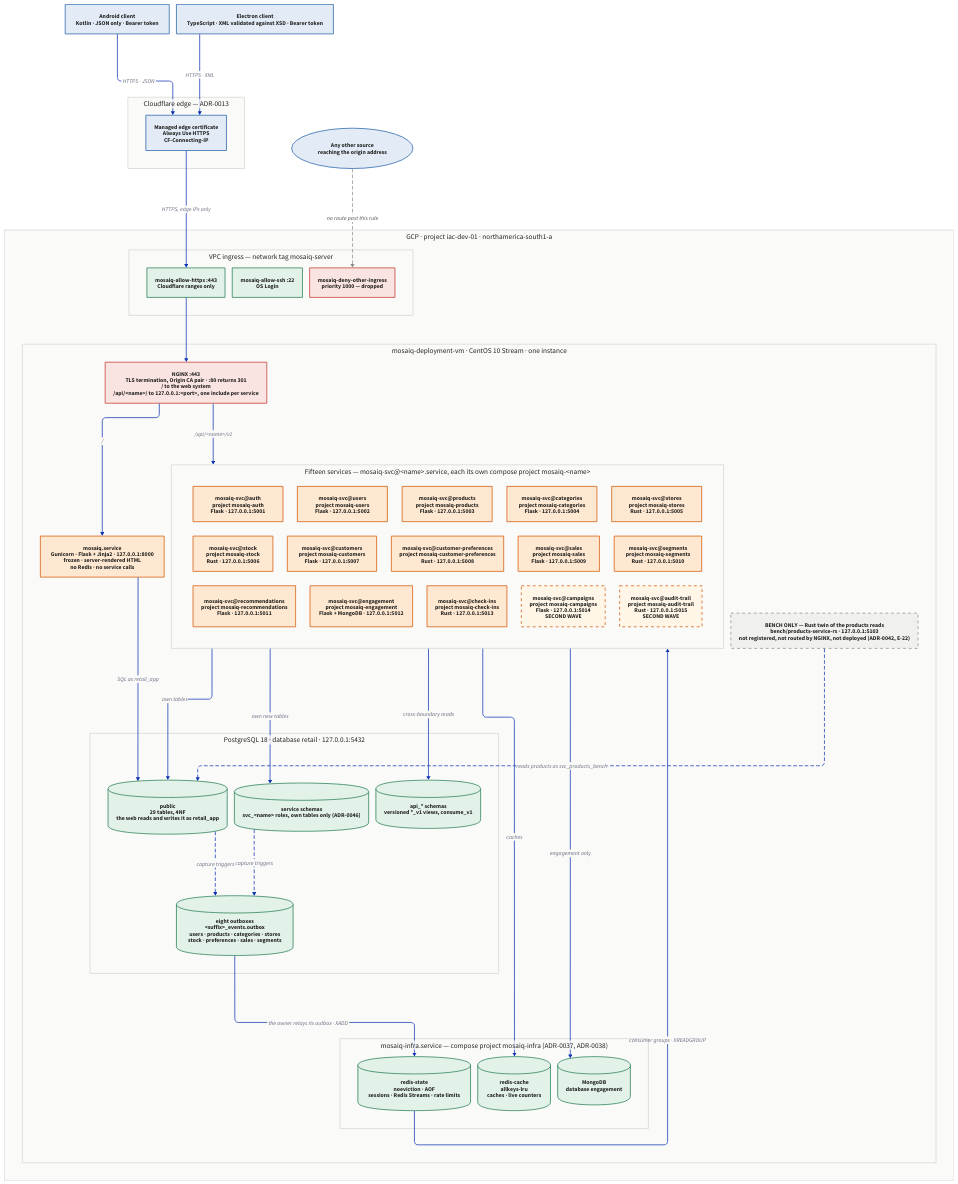
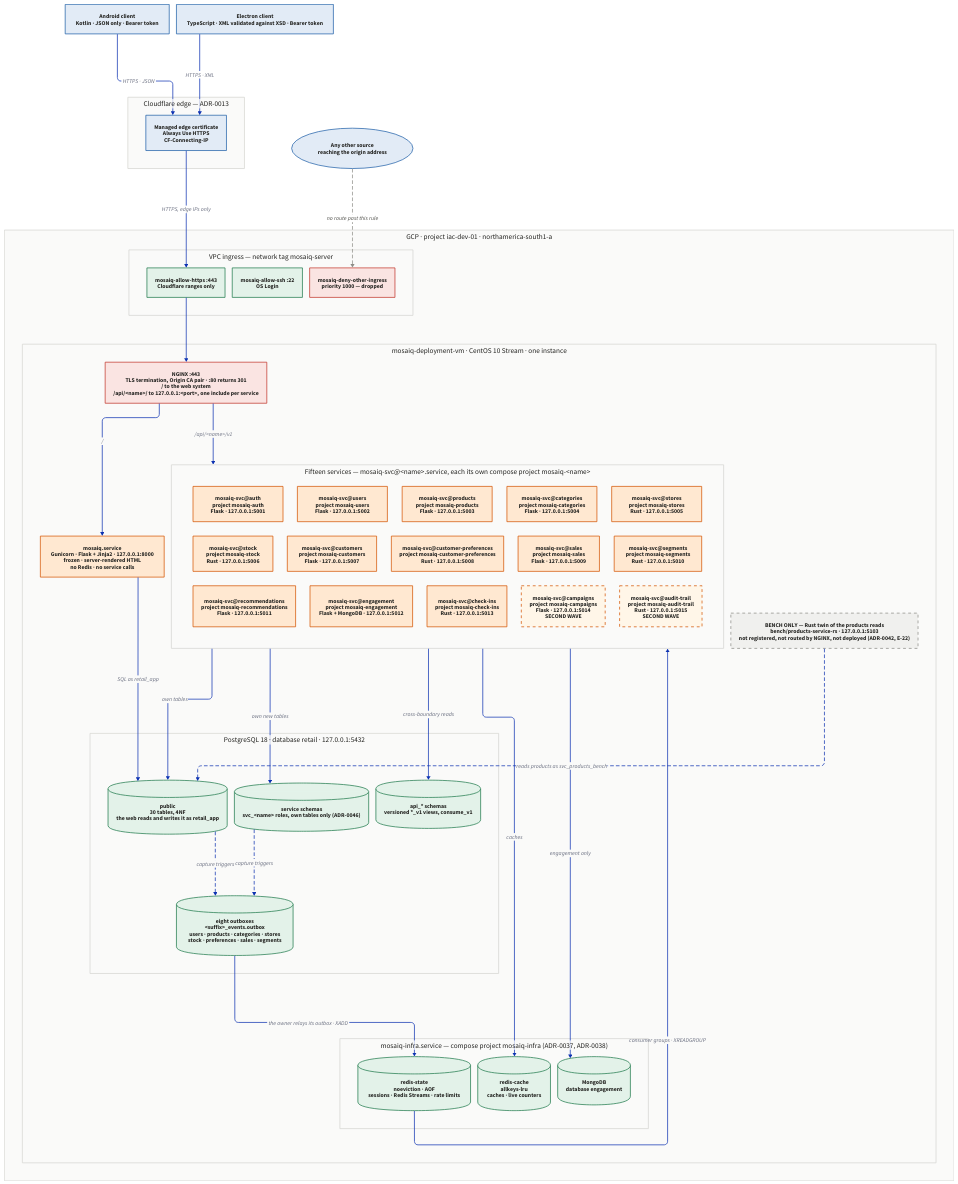
One commit to Equipo-03-Proyecto10/retail-segmentation changed the diagram in docs/architecture/deployment.d2. Above: the diagram before and after it, drawn with D2. The commit also changed 12 other files, not shown here.

```diff
--- a/docs/architecture/deployment.d2
+++ b/docs/architecture/deployment.d2
@@ -1,116 +1,116 @@
 # Deployment view of the delivered system: what runs on the one instance,
 # under which systemd unit and compose project, and what reaches it.
 # Sources: deploy/README.md, deploy/nginx/mosaiq.conf, deploy/systemd/*.service,
 # deploy/infra/compose.yaml, docs/infra.md, bench/README.md, ADR-0006, ADR-0009,
 # ADR-0013, ADR-0040, ADR-0041, ADR-0042, ADR-0044.
 #
 # No arrow joins two services. They meet only through the producer's api_*
 # objects in PostgreSQL and through Redis Streams (ADR-0044).
 direction: down
 
 vars: {
   d2-config: {
     layout-engine: elk
   }
 }
 
 classes: {
   external: { style: { fill: "#E2EBF6"; stroke: "#1F5FA8"; font-color: "#232320" } }
   allow:    { style: { fill: "#E3F2E9"; stroke: "#1F7A4C"; font-color: "#232320" } }
   deny:     { style: { fill: "#FAE4E2"; stroke: "#C0342B"; font-color: "#232320" } }
   gatenode: { style: { fill: "#FAE4E2"; stroke: "#C0342B"; font-color: "#232320" } }
   store:    { style: { fill: "#E3F2E9"; stroke: "#1F7A4C"; font-color: "#232320" } }
   appnode:  { style: { fill: "#FFE8D1"; stroke: "#D45400"; font-color: "#232320" } }
   svc:      { style: { fill: "#FFE8D1"; stroke: "#D45400"; font-color: "#232320" } }
   svc2:     { style: { fill: "#FFF6E8"; stroke: "#D45400"; font-color: "#232320"; stroke-dash: 4; stroke-width: 2 } }
   bench:    { style: { fill: "#F0F0EE"; stroke: "#8C8C86"; stroke-dash: 4; font-color: "#232320" } }
   layer:    { style: { fill: "#FAFAF9"; stroke: "#D5D5D1"; font-color: "#232320"; font-size: 20 } }
 }
 
 android: "Android client\nKotlin · JSON only · Bearer token" { class: external }
 electron: "Electron client\nTypeScript · XML validated against XSD · Bearer token" { class: external }
 direct: "Any other source\nreaching the origin address" { class: external; shape: oval }
 
 edge: "Cloudflare edge — ADR-0013" {
   class: layer
   cf: "Managed edge certificate\nAlways Use HTTPS\nCF-Connecting-IP" { class: external }
 }
 
 gcp: "GCP · project iac-dev-01 · northamerica-south1-a" {
   class: layer
 
   fw: "VPC ingress — network tag mosaiq-server" {
     class: layer
     fw443: "mosaiq-allow-https :443\nCloudflare ranges only" { class: allow }
     fw22: "mosaiq-allow-ssh :22\nOS Login" { class: allow }
     fwdeny: "mosaiq-deny-other-ingress\npriority 1000 — dropped" { class: deny }
   }
 
   vm: "mosaiq-deployment-vm · CentOS 10 Stream · one instance" {
     class: layer
 
     nginx: "NGINX :443\nTLS termination, Origin CA pair · :80 returns 301\n/ to the web system\n/api/<name>/ to 127.0.0.1:<port>, one include per service" { class: gatenode }
 
     web: "mosaiq.service\nGunicorn · Flask + Jinja2 · 127.0.0.1:8000\nfrozen · server-rendered HTML\nno Redis · no service calls" { class: appnode }
 
     services: "Fifteen services — mosaiq-svc@<name>.service, each its own compose project mosaiq-<name>" {
       class: layer
       grid-rows: 3
       auth: "mosaiq-svc@auth\nproject mosaiq-auth\nFlask · 127.0.0.1:5001" { class: svc }
       users: "mosaiq-svc@users\nproject mosaiq-users\nFlask · 127.0.0.1:5002" { class: svc }
       products: "mosaiq-svc@products\nproject mosaiq-products\nFlask · 127.0.0.1:5003" { class: svc }
       categories: "mosaiq-svc@categories\nproject mosaiq-categories\nFlask · 127.0.0.1:5004" { class: svc }
       stores: "mosaiq-svc@stores\nproject mosaiq-stores\nRust · 127.0.0.1:5005" { class: svc }
       stock: "mosaiq-svc@stock\nproject mosaiq-stock\nRust · 127.0.0.1:5006" { class: svc }
       customers: "mosaiq-svc@customers\nproject mosaiq-customers\nFlask · 127.0.0.1:5007" { class: svc }
       customer_preferences: "mosaiq-svc@customer-preferences\nproject mosaiq-customer-preferences\nRust · 127.0.0.1:5008" { class: svc }
       sales: "mosaiq-svc@sales\nproject mosaiq-sales\nFlask · 127.0.0.1:5009" { class: svc }
       segments: "mosaiq-svc@segments\nproject mosaiq-segments\nRust · 127.0.0.1:5010" { class: svc }
       recommendations: "mosaiq-svc@recommendations\nproject mosaiq-recommendations\nFlask · 127.0.0.1:5011" { class: svc }
       engagement: "mosaiq-svc@engagement\nproject mosaiq-engagement\nFlask + MongoDB · 127.0.0.1:5012" { class: svc }
       check_ins: "mosaiq-svc@check-ins\nproject mosaiq-check-ins\nRust · 127.0.0.1:5013" { class: svc }
       campaigns: "mosaiq-svc@campaigns\nproject mosaiq-campaigns\nFlask · 127.0.0.1:5014\nSECOND WAVE" { class: svc2 }
       audit_trail: "mosaiq-svc@audit-trail\nproject mosaiq-audit-trail\nRust · 127.0.0.1:5015\nSECOND WAVE" { class: svc2 }
     }
 
     bench: "BENCH ONLY — Rust twin of the products reads\nbench/products-service-rs · 127.0.0.1:5103\nnot registered, not routed by NGINX, not deployed (ADR-0042, E-22)" { class: bench }
 
     pg: "PostgreSQL 18 · database retail · 127.0.0.1:5432" {
       class: layer
-      public: "public\n29 tables, 4NF\nthe web reads and writes it as retail_app" { class: store; shape: cylinder }
+      public: "public\n30 tables, 4NF\nthe web reads and writes it as retail_app" { class: store; shape: cylinder }
       svcschemas: "service schemas\nsvc_<name> roles, own tables only (ADR-0046)" { class: store; shape: cylinder }
       api: "api_* schemas\nversioned *_v1 views, consume_v1" { class: store; shape: cylinder }
       outbox: "eight outboxes\n<suffix>_events.outbox\nusers · products · categories · stores\nstock · preferences · sales · segments" { class: store; shape: cylinder }
     }
 
     infra: "mosaiq-infra.service — compose project mosaiq-infra (ADR-0037, ADR-0038)" {
       class: layer
       rs: "redis-state\nnoeviction · AOF\nsessions · Redis Streams · rate limits" { class: store; shape: cylinder }
       rc: "redis-cache\nallkeys-lru\ncaches · live counters" { class: store; shape: cylinder }
       mongo: "MongoDB\ndatabase engagement" { class: store; shape: cylinder }
     }
   }
 }
 
 android -> edge.cf: "HTTPS · JSON"
 electron -> edge.cf: "HTTPS · XML"
 edge.cf -> gcp.fw.fw443: "HTTPS, edge IPs only"
 direct -> gcp.fw.fwdeny: "no route past this rule" {
   style: { stroke-dash: 4; stroke: "#8C8C86"; font-color: "#4F4F4A" }
 }
 gcp.fw.fw443 -> gcp.vm.nginx
 
 gcp.vm.nginx -> gcp.vm.web: "/"
 gcp.vm.nginx -> gcp.vm.services: "/api/<name>/v1"
 
 gcp.vm.web -> gcp.vm.pg.public: "SQL as retail_app"
 gcp.vm.services -> gcp.vm.pg.public: "own tables"
 gcp.vm.services -> gcp.vm.pg.svcschemas: "own new tables"
 gcp.vm.services -> gcp.vm.pg.api: "cross-boundary reads"
 gcp.vm.pg.public -> gcp.vm.pg.outbox: "capture triggers" { style.stroke-dash: 4 }
 gcp.vm.pg.svcschemas -> gcp.vm.pg.outbox: "capture triggers" { style.stroke-dash: 4 }
 gcp.vm.pg.outbox -> gcp.vm.infra.rs: "the owner relays its outbox · XADD"
 gcp.vm.infra.rs -> gcp.vm.services: "consumer groups · XREADGROUP"
 gcp.vm.services -> gcp.vm.infra.rc: "caches"
 gcp.vm.services -> gcp.vm.infra.mongo: "engagement only"
 gcp.vm.bench -> gcp.vm.pg.public: "reads products as svc_products_bench" { style.stroke-dash: 4 }
```
